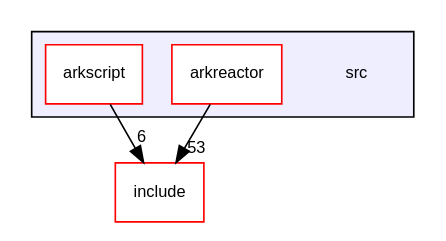
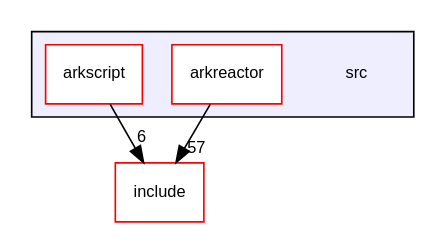
Before and after one commit to ArkScript-lang/old-website: the diagram in docs/impl/dir_68267d1309a1af8e8297ef4c3efbcdba_dep.dot, drawn with Graphviz. The commit also changed 558 other files, not shown here.

```diff
--- a/docs/impl/dir_68267d1309a1af8e8297ef4c3efbcdba_dep.dot
+++ b/docs/impl/dir_68267d1309a1af8e8297ef4c3efbcdba_dep.dot
@@ -1,14 +1,14 @@
 digraph "C:/Users/folae/Documents/Code/Big-Projects/ArkScript/Ark/src" {
   compound=true
   node [ fontsize="10", fontname="Helvetica"];
   edge [ labelfontsize="10", labelfontname="Helvetica"];
   subgraph clusterdir_68267d1309a1af8e8297ef4c3efbcdba {
     graph [ bgcolor="#eeeeff", pencolor="black", label="" URL="dir_68267d1309a1af8e8297ef4c3efbcdba.html"];
     dir_68267d1309a1af8e8297ef4c3efbcdba [shape=plaintext label="src"];
   dir_e0d450b481c7e7e5abacff9799e54b3d [shape=box label="arkreactor" fillcolor="white" style="filled" color="red" URL="dir_e0d450b481c7e7e5abacff9799e54b3d.html"];
   dir_2f97cbe3d7d7ee3d0a7f34ae796b7c3c [shape=box label="arkscript" fillcolor="white" style="filled" color="red" URL="dir_2f97cbe3d7d7ee3d0a7f34ae796b7c3c.html"];
   }
   dir_d44c64559bbebec7f509842c48db8b23 [shape=box label="include" fillcolor="white" style="filled" color="red" URL="dir_d44c64559bbebec7f509842c48db8b23.html"];
   dir_2f97cbe3d7d7ee3d0a7f34ae796b7c3c->dir_d44c64559bbebec7f509842c48db8b23 [headlabel="6", labeldistance=1.5 headhref="dir_000017_000000.html"];
-  dir_e0d450b481c7e7e5abacff9799e54b3d->dir_d44c64559bbebec7f509842c48db8b23 [headlabel="53", labeldistance=1.5 headhref="dir_000012_000000.html"];
+  dir_e0d450b481c7e7e5abacff9799e54b3d->dir_d44c64559bbebec7f509842c48db8b23 [headlabel="57", labeldistance=1.5 headhref="dir_000012_000000.html"];
 }
```
